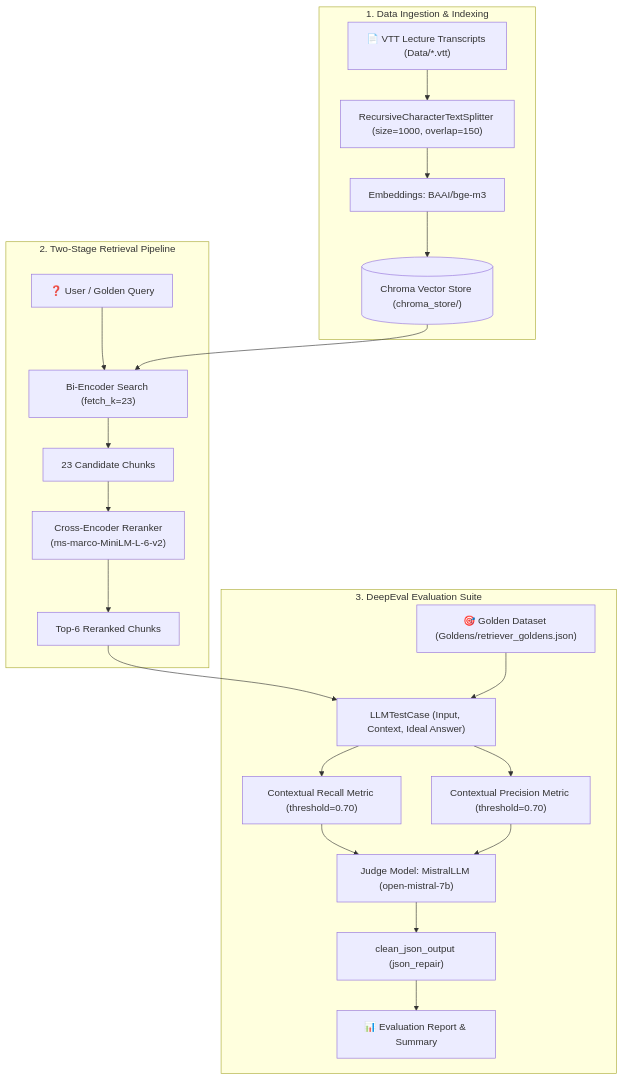
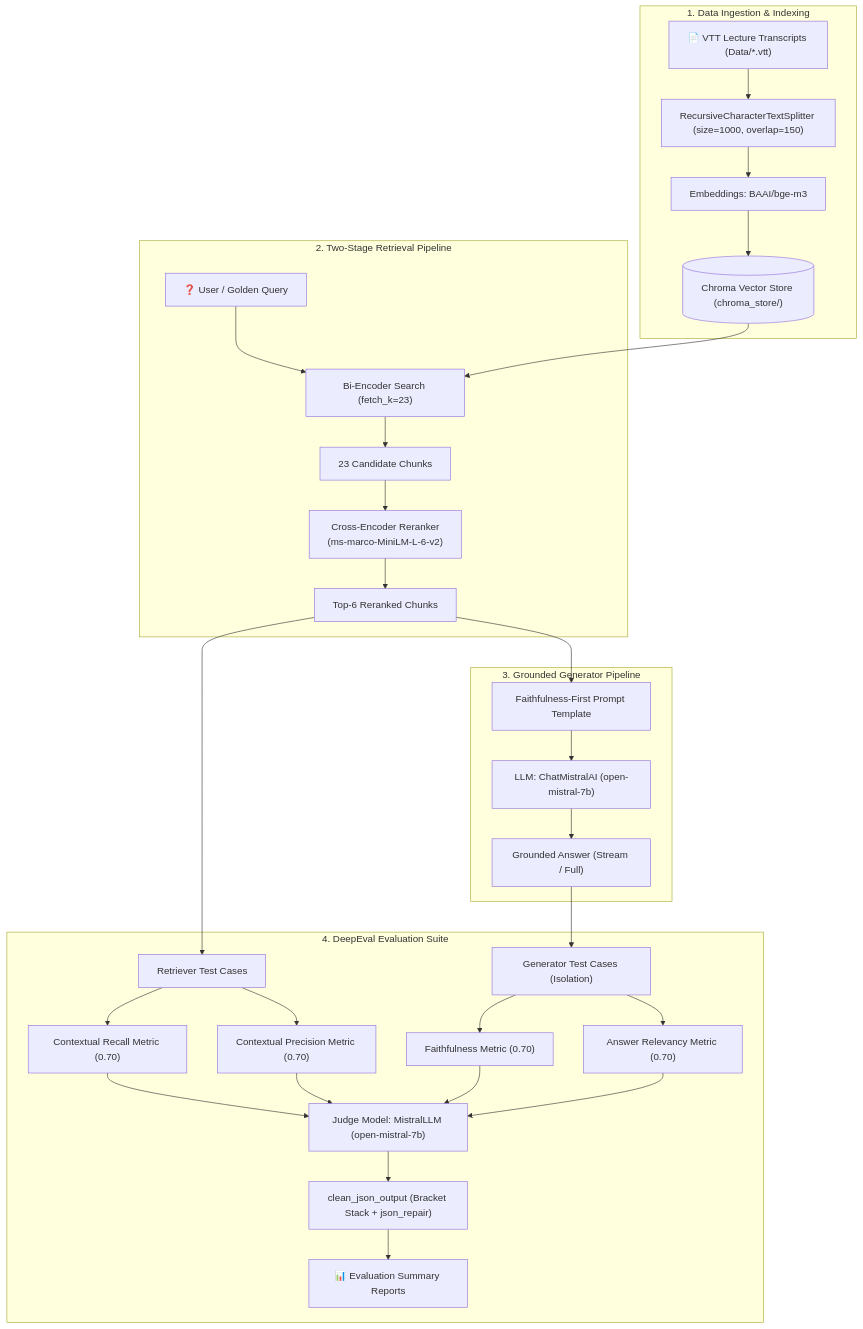
The diagram in README.md (shlokbam/LLM-RAG-Evaluation), drawn with Mermaid before and after one commit. The commit also changed other lines of this file, not shown here.

Commit message:
docs: update README with grounded generator pipeline and evaluation details

````diff
--- a/README.md
+++ b/README.md
@@ -18,27 +18,36 @@
 ```mermaid
 flowchart TD
     subgraph Ingestion ["1. Data Ingestion & Indexing"]
         VTT["📄 VTT Lecture Transcripts (Data/*.vtt)"] --> TextSplitter["RecursiveCharacterTextSplitter (size=1000, overlap=150)"]
         TextSplitter --> BGE["Embeddings: BAAI/bge-m3"]
         BGE --> ChromaDB[("Chroma Vector Store (chroma_store/)")]
     end
 
     subgraph TwoStageRetriever ["2. Two-Stage Retrieval Pipeline"]
         Query["❓ User / Golden Query"] --> BiEncoder["Bi-Encoder Search (fetch_k=23)"]
         ChromaDB --> BiEncoder
         BiEncoder --> Candidates["23 Candidate Chunks"]
         Candidates --> CrossEncoder["Cross-Encoder Reranker\n(ms-marco-MiniLM-L-6-v2)"]
         CrossEncoder --> TopK["Top-6 Reranked Chunks"]
     end
 
-    subgraph DeepEvalHarness ["3. DeepEval Evaluation Suite"]
-        TopK --> TestCases["LLMTestCase (Input, Context, Ideal Answer)"]
-        Goldens["🎯 Golden Dataset (Goldens/retriever_goldens.json)"] --> TestCases
-        TestCases --> Recall["Contextual Recall Metric (threshold=0.70)"]
-        TestCases --> Precision["Contextual Precision Metric (threshold=0.70)"]
-        Recall --> MistralJudge["Judge Model: MistralLLM (open-mistral-7b)"]
-        Precision --> MistralJudge
-        MistralJudge --> JSONRepair["clean_json_output (json_repair)"]
-        JSONRepair --> Report["📊 Evaluation Report & Summary"]
+    subgraph GeneratorComponent ["3. Grounded Generator Pipeline"]
+        TopK --> GenPrompt["Faithfulness-First Prompt Template"]
+        GenPrompt --> MistralGen["LLM: ChatMistralAI (open-mistral-7b)"]
+        MistralGen --> Answer["Grounded Answer (Stream / Full)"]
+    end
+
+    subgraph DeepEvalHarness ["4. DeepEval Evaluation Suite"]
+        TopK --> RetCases["Retriever Test Cases"]
+        RetCases --> Recall["Contextual Recall Metric (0.70)"]
+        RetCases --> Precision["Contextual Precision Metric (0.70)"]
+
+        Answer --> GenCases["Generator Test Cases (Isolation)"]
+        GenCases --> Faithfulness["Faithfulness Metric (0.70)"]
+        GenCases --> Relevancy["Answer Relevancy Metric (0.70)"]
+
+        Recall & Precision & Faithfulness & Relevancy --> MistralJudge["Judge Model: MistralLLM (open-mistral-7b)"]
+        MistralJudge --> JSONRepair["clean_json_output (Bracket Stack + json_repair)"]
+        JSONRepair --> Report["📊 Evaluation Summary Reports"]
     end
 ```
````
